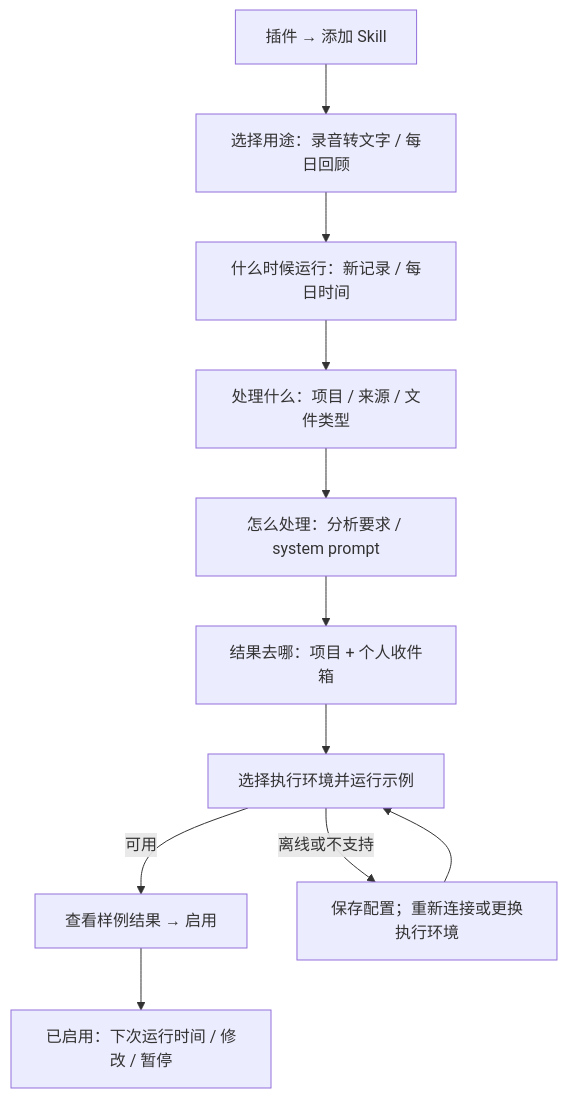
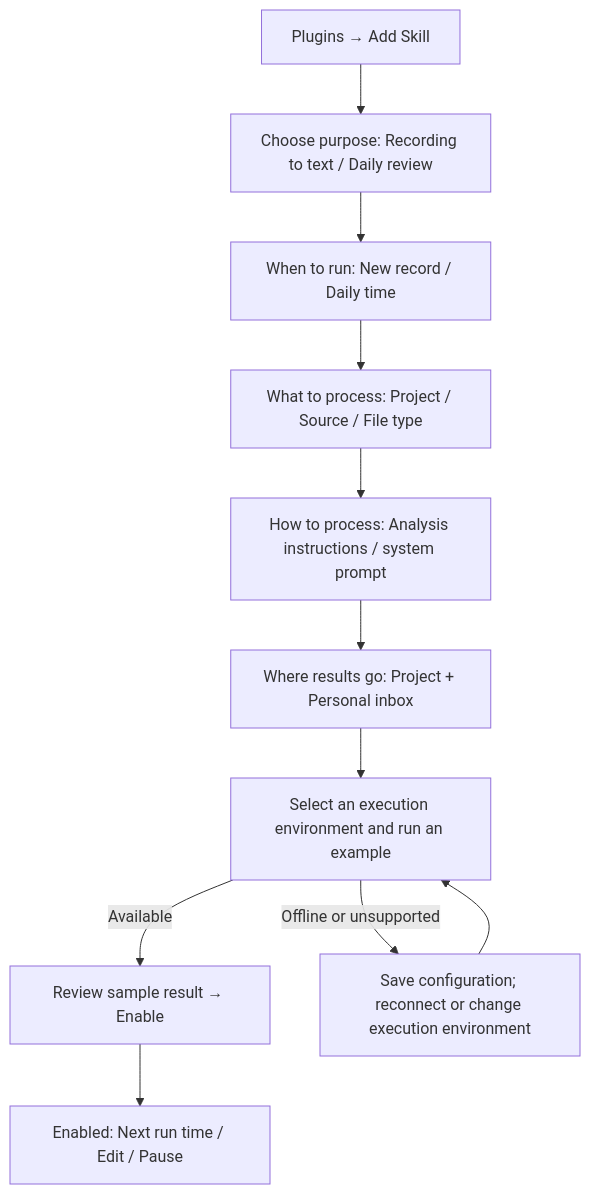
Before and after one commit to flyfy1/event-driven-context: the fifth of 7 diagrams in docs/ux-flows.md, drawn with Mermaid. The commit also changed other lines of this file and 13 other files, not shown here.

```diff
--- a/docs/ux-flows.md
+++ b/docs/ux-flows.md
@@ -126,13 +128,13 @@
 ~~~mermaid
 flowchart TD
-    A["插件 → 添加 Skill"] --> B["选择用途：录音转文字 / 每日回顾"]
-    B --> C["什么时候运行：新记录 / 每日时间"]
-    C --> D["处理什么：项目 / 来源 / 文件类型"]
-    D --> E["怎么处理：分析要求 / system prompt"]
-    E --> F["结果去哪：项目 + 个人收件箱"]
-    F --> G["选择执行环境并运行示例"]
-    G -->|可用| H["查看样例结果 → 启用"]
-    G -->|离线或不支持| I["保存配置；重新连接或更换执行环境"]
+    A["Plugins → Add Skill"] --> B["Choose purpose: Recording to text / Daily review"]
+    B --> C["When to run: New record / Daily time"]
+    C --> D["What to process: Project / Source / File type"]
+    D --> E["How to process: Analysis instructions / system prompt"]
+    E --> F["Where results go: Project + Personal inbox"]
+    F --> G["Select an execution environment and run an example"]
+    G -->|Available| H["Review sample result → Enable"]
+    G -->|Offline or unsupported| I["Save configuration; reconnect or change execution environment"]
     I --> G
-    H --> J["已启用：下次运行时间 / 修改 / 暂停"]
+    H --> J["Enabled: Next run time / Edit / Pause"]
 ~~~
```
